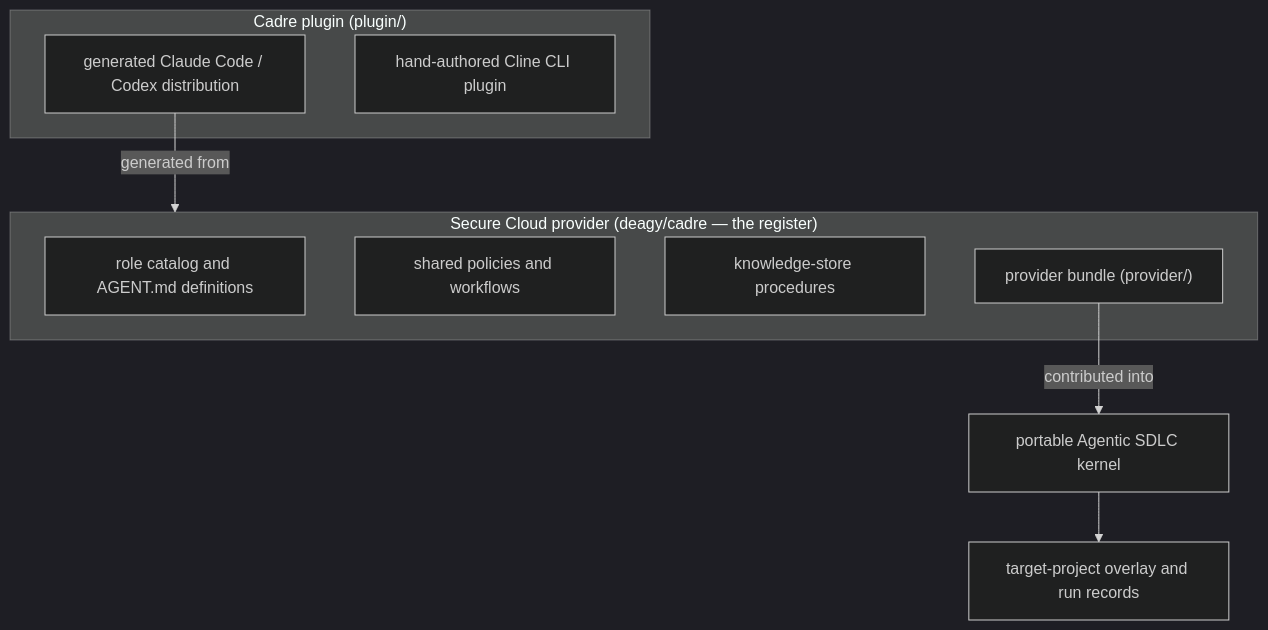
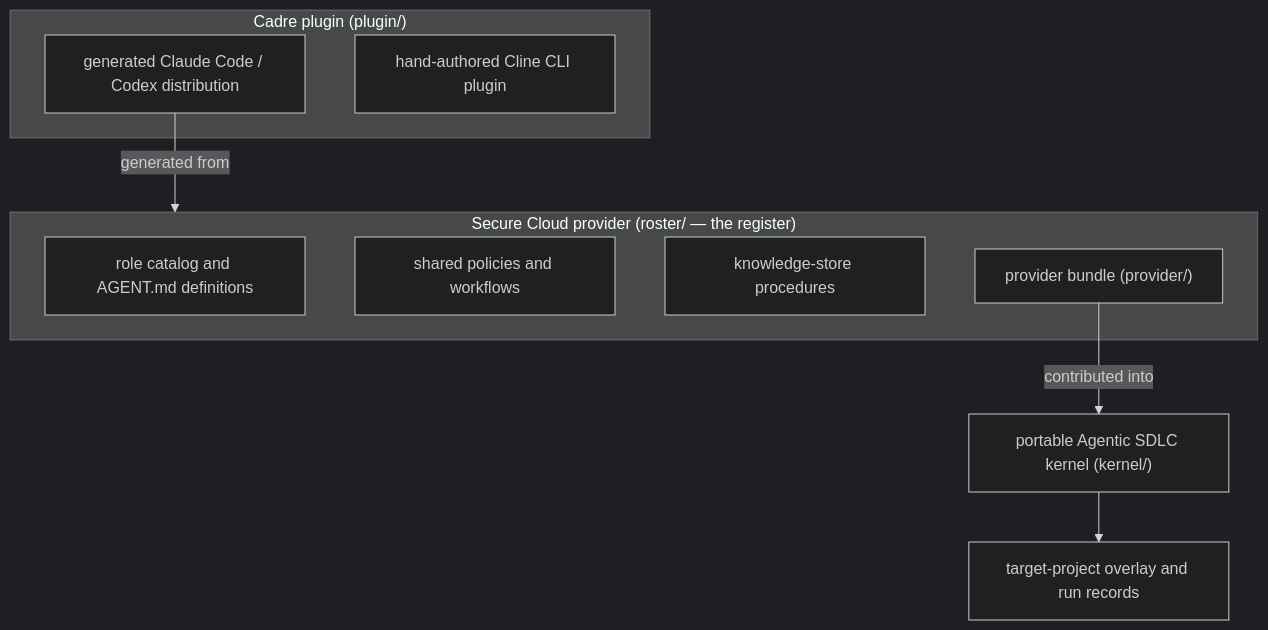
One commit to deagy/cadre changed the diagram in docs/terminology.md. Above: the diagram before and after it, drawn with Mermaid (dark theme). The commit also changed other lines of this file and 14 other files, not shown here.

````diff
--- a/docs/terminology.md
+++ b/docs/terminology.md
@@ -32,19 +38,19 @@
 ```mermaid
 graph TD
-    K["portable Agentic SDLC kernel"] --> O["target-project overlay and run records"]
+    K["portable Agentic SDLC kernel (kernel/)"] --> O["target-project overlay and run records"]
 
-    subgraph P["Secure Cloud provider (deagy/cadre — the register)"]
+    subgraph P["Secure Cloud provider (roster/ — the register)"]
         P1["role catalog and AGENT.md definitions"]
         P2["shared policies and workflows"]
         P3["knowledge-store procedures"]
         P4["provider bundle (provider/)"]
     end
 
     subgraph L["Cadre plugin (plugin/)"]
         L1["generated Claude Code / Codex distribution"]
         L2["hand-authored Cline CLI plugin"]
     end
 
     P4 -- "contributed into" --> K
     L1 -- "generated from" --> P
 ```
````
